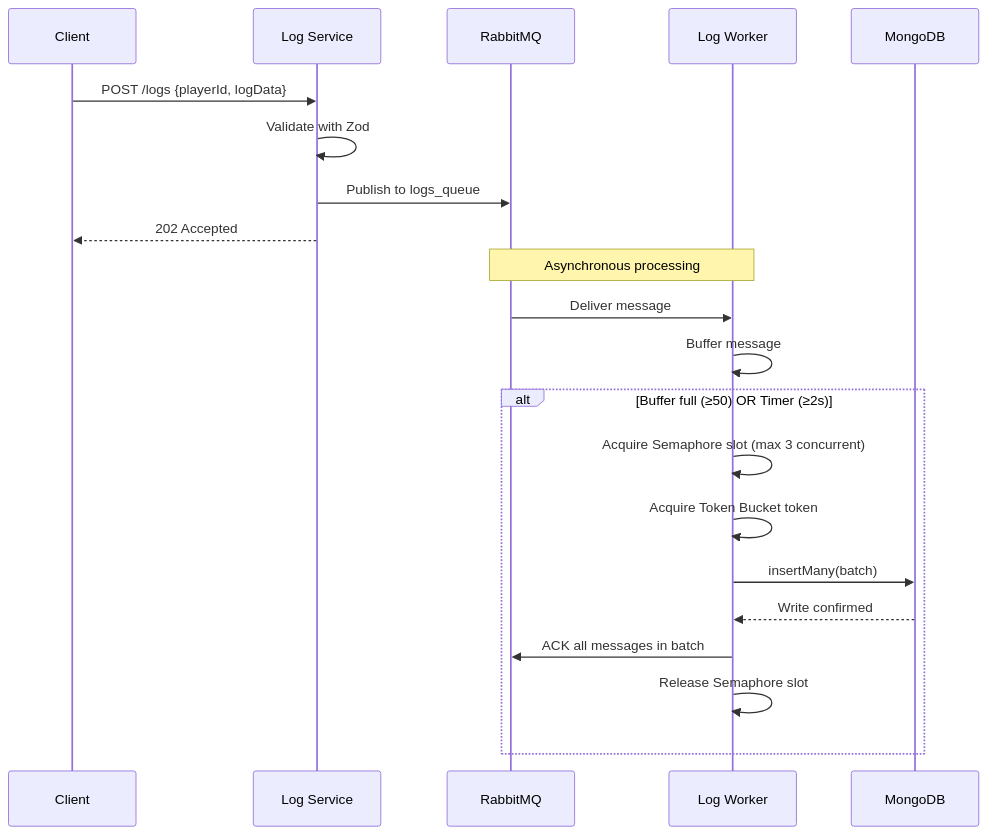
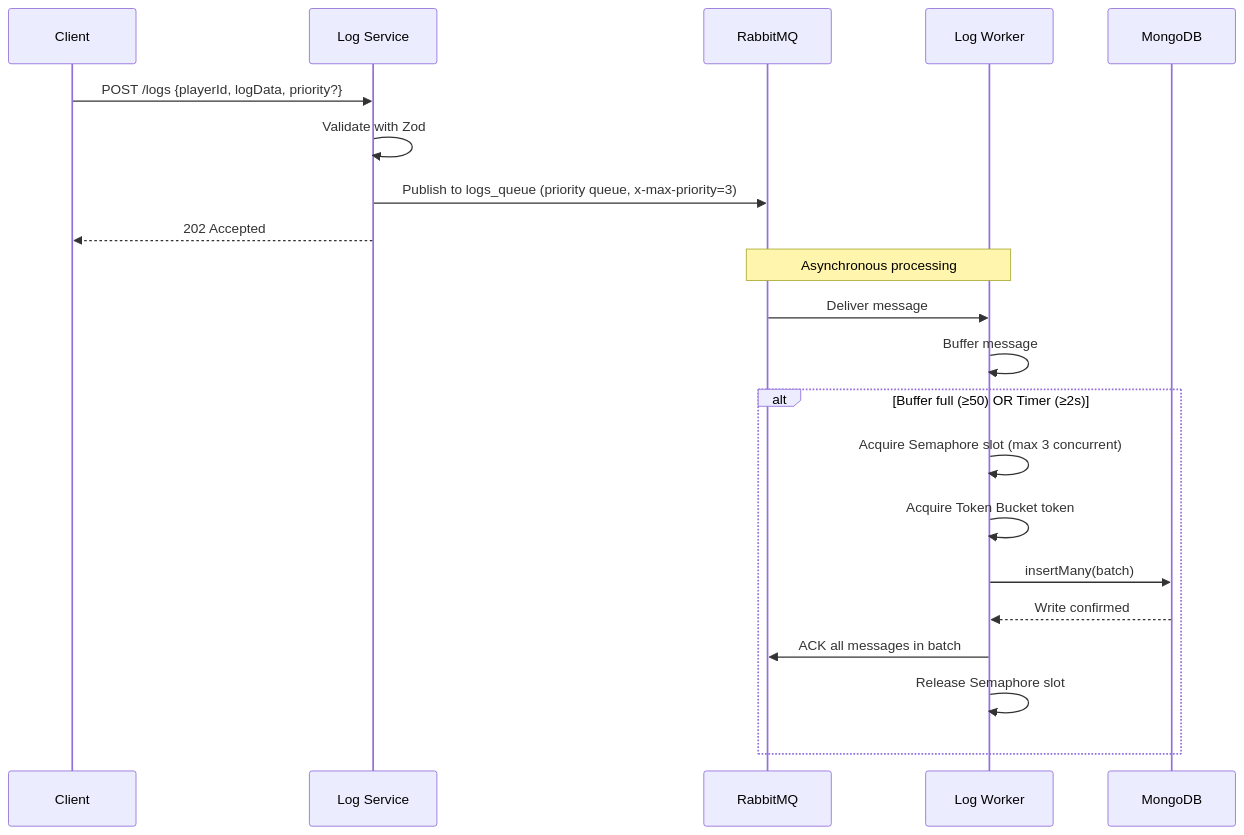
The fourth of 8 diagrams in docs/architecture.md (AmitOfir4/Whalo-Backend-Exam), drawn with Mermaid before and after one commit. The commit also changed other lines of this file and 3 other files, not shown here.

````diff
--- a/docs/architecture.md
+++ b/docs/architecture.md
@@ -45,27 +113,27 @@
 ```mermaid
 sequenceDiagram
     participant C as Client
     participant LS as Log Service
     participant RMQ as RabbitMQ
     participant LW as Log Worker
     participant DB as MongoDB
 
-    C->>LS: POST /logs {playerId, logData}
+    C->>LS: POST /logs {playerId, logData, priority?}
     LS->>LS: Validate with Zod
-    LS->>RMQ: Publish to logs_queue
+    LS->>RMQ: Publish to logs_queue (priority queue, x-max-priority=3)
     LS-->>C: 202 Accepted
 
     Note over RMQ,LW: Asynchronous processing
 
     RMQ->>LW: Deliver message
     LW->>LW: Buffer message
     
     alt Buffer full (≥50) OR Timer (≥2s)
         LW->>LW: Acquire Semaphore slot (max 3 concurrent)
         LW->>LW: Acquire Token Bucket token
         LW->>DB: insertMany(batch)
         DB-->>LW: Write confirmed
         LW->>RMQ: ACK all messages in batch
         LW->>LW: Release Semaphore slot
     end
 ```
````
